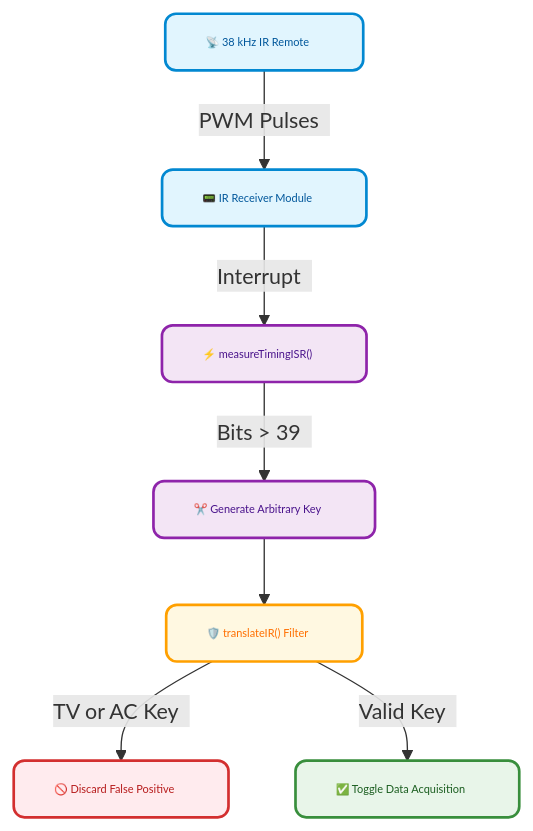
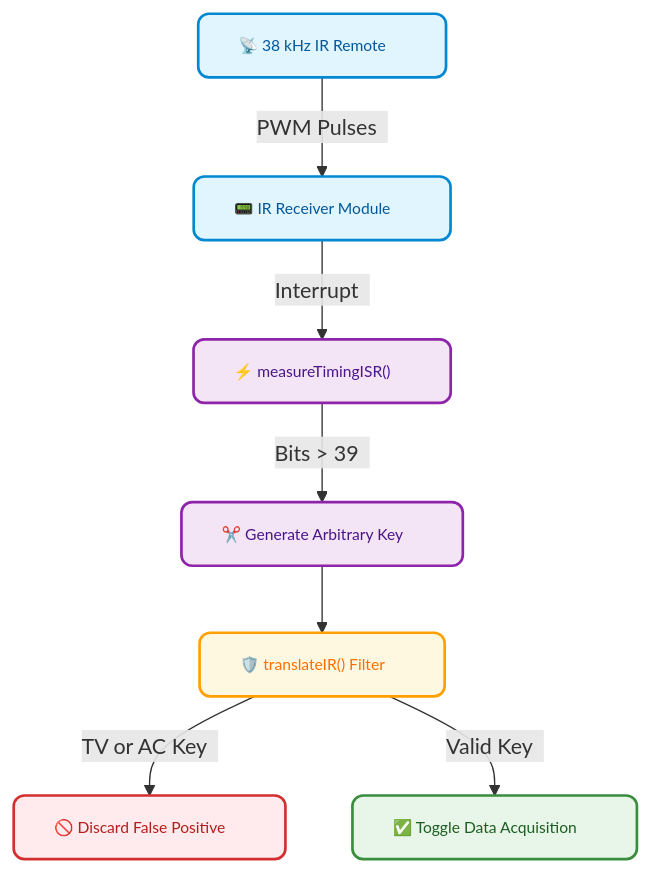
One commit to antor44/Acquisition4microcontrollers changed the first of 2 diagrams in README.md. Above: the diagram before and after it, drawn with Mermaid. The commit also changed other lines of this file, not shown here.

````diff
--- a/README.md
+++ b/README.md
@@ -41,22 +41,22 @@
 ```mermaid
 flowchart TD
     A["📡 38 kHz IR Remote&nbsp;&nbsp;&nbsp;&nbsp;&nbsp;"] -->|"PWM Pulses&nbsp;&nbsp;"| B["📟 IR Receiver Module&nbsp;&nbsp;&nbsp;&nbsp;&nbsp;"]
     B -->|"Interrupt&nbsp;&nbsp;"| C["⚡ measureTimingISR()&nbsp;&nbsp;&nbsp;&nbsp;&nbsp;"]
     C -->|"Bits > 39&nbsp;&nbsp;"| D["✂️ Generate Arbitrary Key&nbsp;&nbsp;&nbsp;&nbsp;&nbsp;"]
     D --> E["🛡️ translateIR() Filter&nbsp;&nbsp;&nbsp;&nbsp;&nbsp;"]
     E -->|"TV or AC Key&nbsp;&nbsp;"| F["🚫 Discard False Positive&nbsp;&nbsp;&nbsp;&nbsp;&nbsp;"]
     E -->|"Valid Key&nbsp;&nbsp;"| G["✅ Toggle Data Acquisition&nbsp;&nbsp;&nbsp;&nbsp;&nbsp;"]
 
-    classDef default font-size:80%;
-    classDef input fill:#e1f5fe,stroke:#0288d1,stroke-width:2px,color:#01579b,font-size:80%,rx:8px,ry:8px;
-    classDef process fill:#f3e5f5,stroke:#8e24aa,stroke-width:2px,color:#4a148c,font-size:80%,rx:8px,ry:8px;
-    classDef filter fill:#fff8e1,stroke:#ffa000,stroke-width:2px,color:#ff6f00,font-size:80%,rx:8px,ry:8px;
-    classDef reject fill:#ffebee,stroke:#d32f2f,stroke-width:2px,color:#b71c1c,font-size:80%,rx:8px,ry:8px;
-    classDef accept fill:#e8f5e9,stroke:#388e3c,stroke-width:2px,color:#1b5e20,font-size:80%,rx:8px,ry:8px;
+    classDef default font-size:90%;
+    classDef input fill:#e1f5fe,stroke:#0288d1,stroke-width:2px,color:#01579b,font-size:90%,rx:8px,ry:8px;
+    classDef process fill:#f3e5f5,stroke:#8e24aa,stroke-width:2px,color:#4a148c,font-size:90%,rx:8px,ry:8px;
+    classDef filter fill:#fff8e1,stroke:#ffa000,stroke-width:2px,color:#ff6f00,font-size:90%,rx:8px,ry:8px;
+    classDef reject fill:#ffebee,stroke:#d32f2f,stroke-width:2px,color:#b71c1c,font-size:90%,rx:8px,ry:8px;
+    classDef accept fill:#e8f5e9,stroke:#388e3c,stroke-width:2px,color:#1b5e20,font-size:90%,rx:8px,ry:8px;
 
     class A,B input;
     class C,D process;
     class E filter;
     class F reject;
     class G accept;
 ```
````
